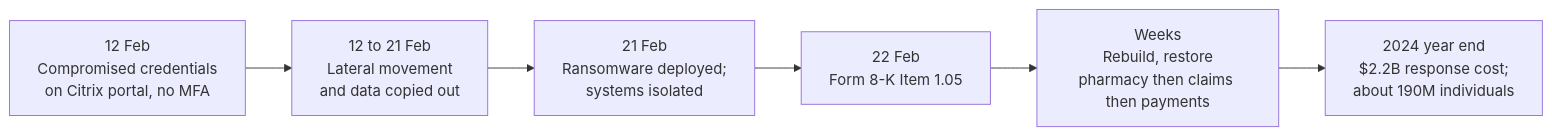
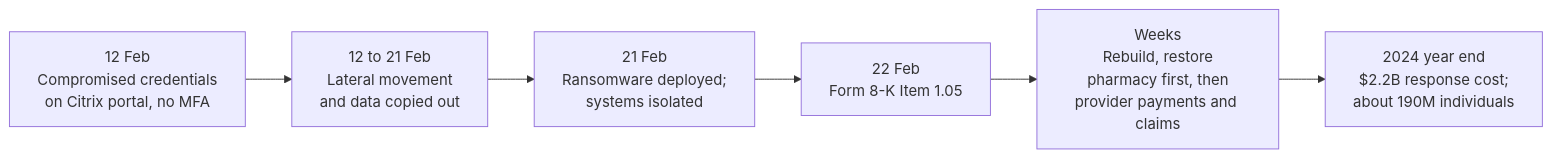
The first of 2 diagrams in resources/case-study-change-healthcare-2024.md (PatrickWiloak/security-zero-to-hero), drawn with Mermaid before and after one commit. The commit also changed other lines of this file and 18 other files, not shown here.

````diff
--- a/resources/case-study-change-healthcare-2024.md
+++ b/resources/case-study-change-healthcare-2024.md
@@ -45,8 +45,8 @@
 ```mermaid
 flowchart LR
   A["12 Feb<br/>Compromised credentials<br/>on Citrix portal, no MFA"] --> B["12 to 21 Feb<br/>Lateral movement<br/>and data copied out"]
   B --> C["21 Feb<br/>Ransomware deployed;<br/>systems isolated"]
   C --> D["22 Feb<br/>Form 8-K Item 1.05"]
-  D --> E["Weeks<br/>Rebuild, restore<br/>pharmacy then claims then payments"]
+  D --> E["Weeks<br/>Rebuild, restore<br/>pharmacy first, then<br/>provider payments and claims"]
   E --> F["2024 year end<br/>$2.2B response cost;<br/>about 190M individuals"]
 ```
````
